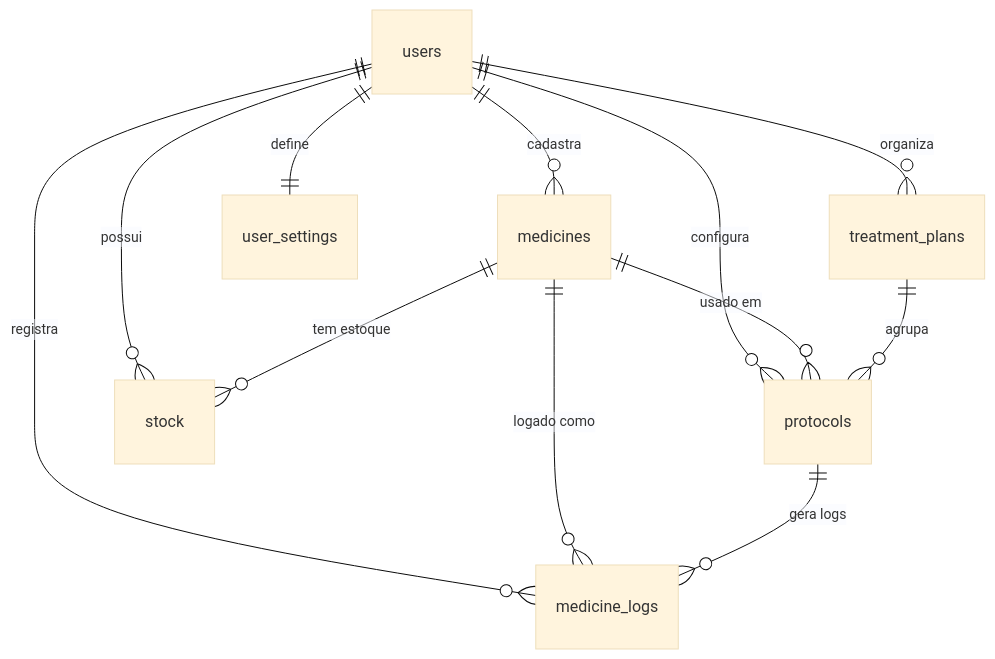
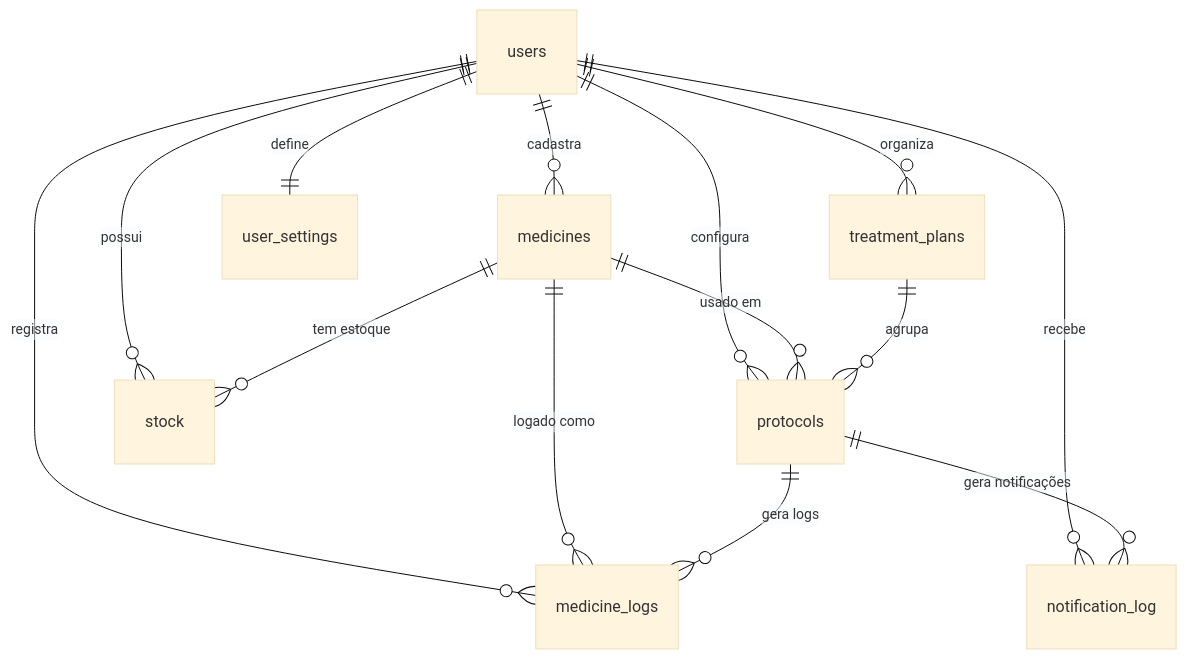
The diagram in docs/database-schema.md (coelhotv/dosiq), drawn with Mermaid (base theme) before and after one commit. The commit also changed other lines of this file and 3 other files, not shown here.

First line of the commit message:
docs: atualiza documentação do schema do banco

````diff
--- a/docs/database-schema.md
+++ b/docs/database-schema.md
@@ -7,16 +10,18 @@
 ```mermaid
 erDiagram
     users ||--o{ medicines : "cadastra"
     users ||--o{ protocols : "configura"
     users ||--o{ stock : "possui"
     users ||--o{ medicine_logs : "registra"
     users ||--o{ treatment_plans : "organiza"
     users ||--|| user_settings : "define"
+    users ||--o{ notification_log : "recebe"
 
     medicines ||--o{ protocols : "usado em"
     medicines ||--o{ stock : "tem estoque"
     medicines ||--o{ medicine_logs : "logado como"
     
     treatment_plans ||--o{ protocols : "agrupa"
     protocols ||--o{ medicine_logs : "gera logs"
+    protocols ||--o{ notification_log : "gera notificações"
 ```
````
